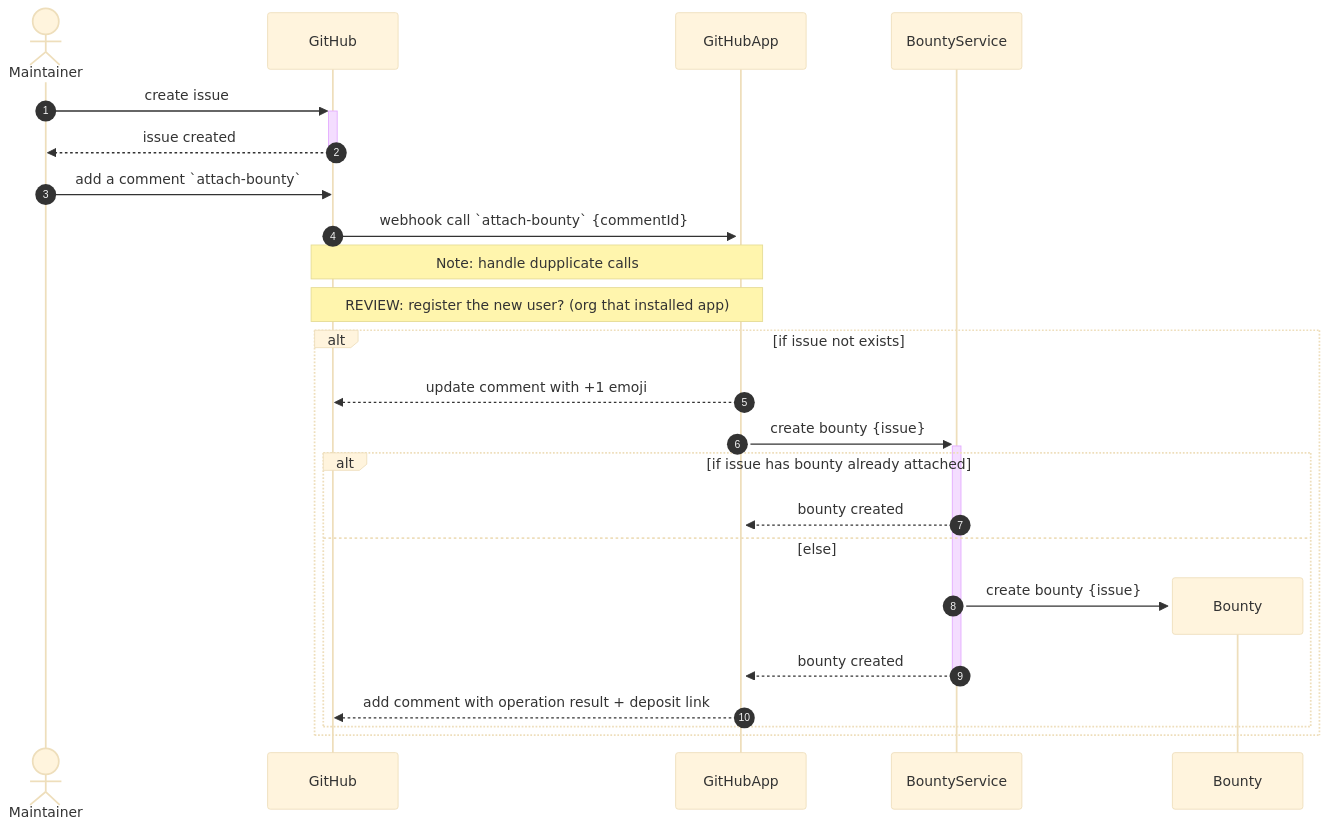
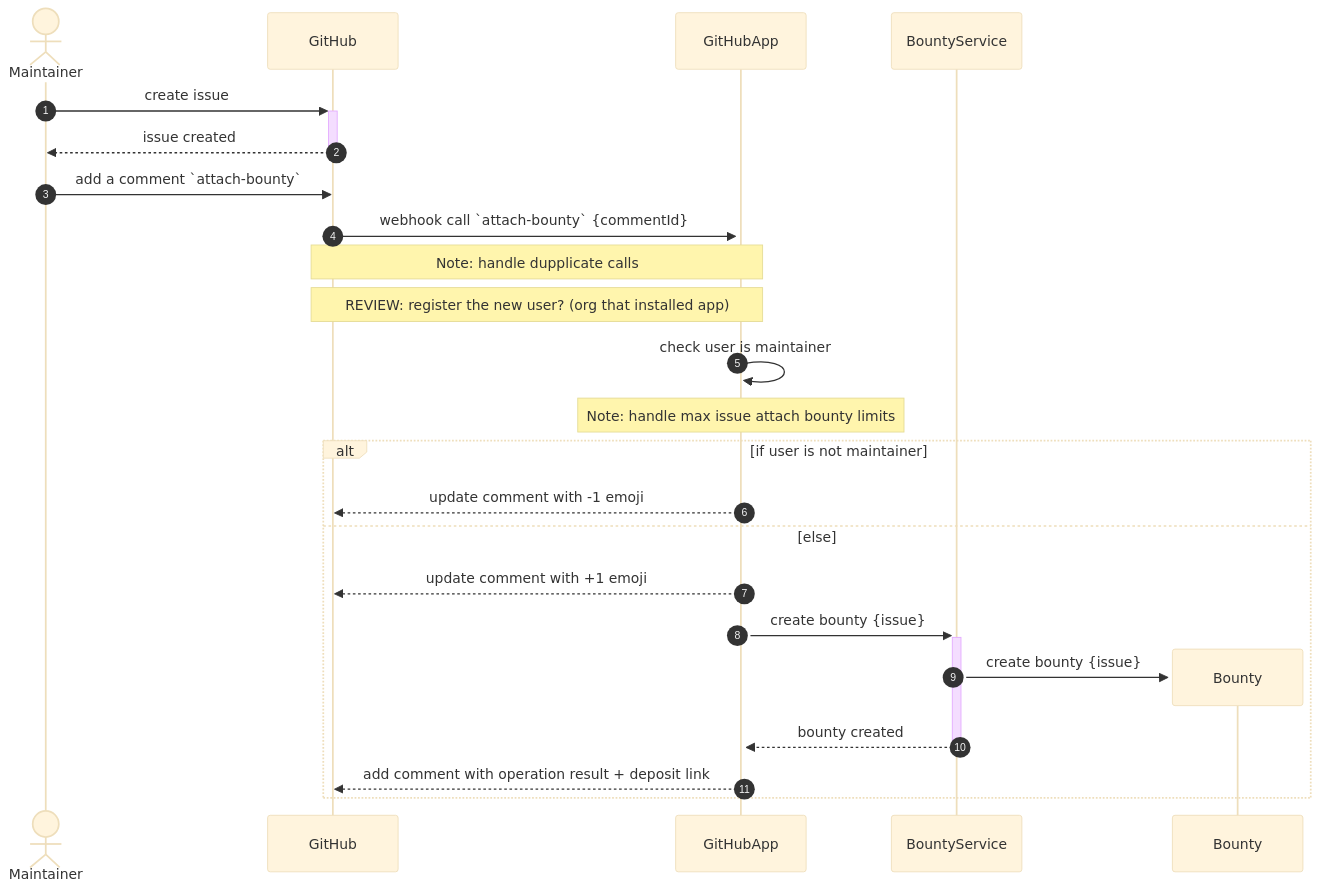
One commit to Prom3th3us/bounty-icp changed the diagram in docs/create-bounty.md. Above: the diagram before and after it, drawn with Mermaid (base theme).

Commit message:
Enhanced sequence diagram

````diff
--- a/docs/create-bounty.md
+++ b/docs/create-bounty.md
@@ -1,28 +1,28 @@
 ```mermaid
 sequenceDiagram
     autonumber
 
     actor Maintainer
     participant GitHub
     participant GitHubApp
     participant BountyService
 
     Maintainer ->>+ GitHub: create issue
     GitHub -->>- Maintainer: issue created
     Maintainer ->> GitHub: add a comment `attach-bounty`
     GitHub ->>+ GitHubApp: webhook call `attach-bounty` {commentId}
     Note over GitHub,GitHubApp: Note: handle dupplicate calls
     Note over GitHub,GitHubApp: REVIEW: register the new user? (org that installed app)
-    alt if issue not exists 
+    GitHubApp ->> GitHubApp: check user is maintainer
+    Note over GitHubApp,GitHubApp: Note: handle max issue attach bounty limits
+    alt if user is not maintainer
+        GitHubApp -->> GitHub: update comment with -1 emoji
+    else else
         GitHubApp -->> GitHub: update comment with +1 emoji
         GitHubApp ->>+ BountyService: create bounty {issue}
-        alt if issue has bounty already attached
-            BountyService -->> GitHubApp: bounty created
-        else else
-            create participant Bounty
-            BountyService ->> Bounty: create bounty {issue}
-            BountyService -->>- GitHubApp: bounty created
-            GitHubApp -->> GitHub: add comment with operation result + deposit link
-        end
+        create participant Bounty
+        BountyService ->> Bounty: create bounty {issue}
+        BountyService -->>- GitHubApp: bounty created
+        GitHubApp -->> GitHub: add comment with operation result + deposit link
     end
 ```
````
